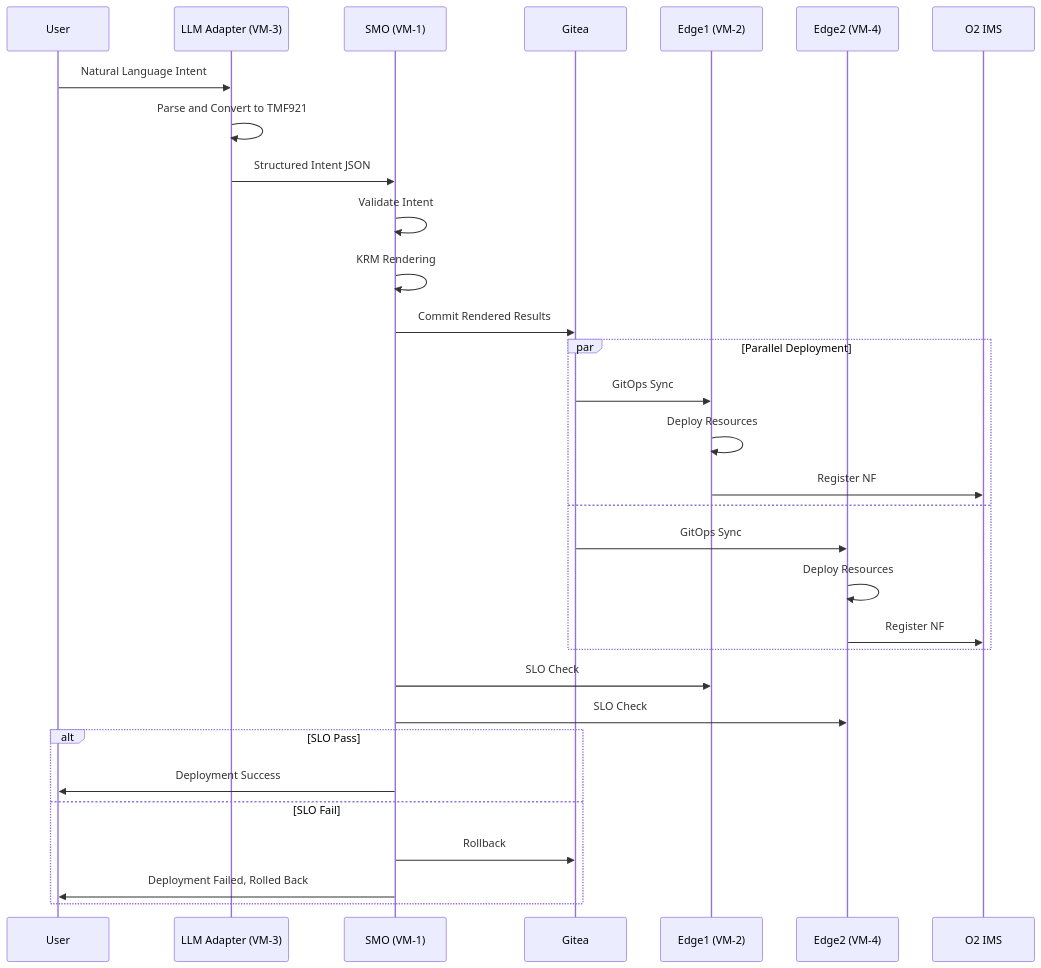
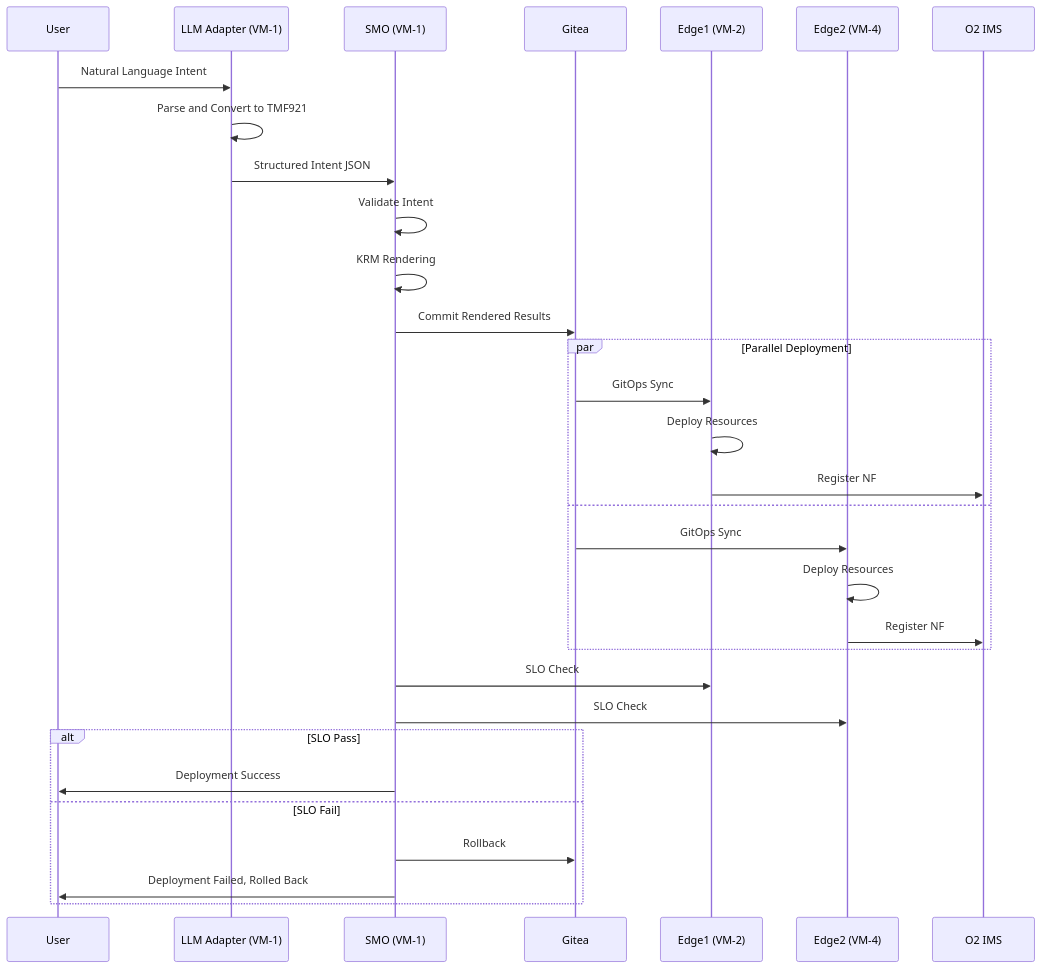
The diagram in SYSTEM_ARCHITECTURE_HLA.md (thc1006/nephio-intent-to-o2-demo), drawn with Mermaid before and after one commit. The commit also changed other lines of this file and 708 other files, not shown here.

````diff
--- a/SYSTEM_ARCHITECTURE_HLA.md
+++ b/SYSTEM_ARCHITECTURE_HLA.md
@@ -86,38 +86,38 @@
 ```mermaid
 sequenceDiagram
     participant User
-    participant LLM as LLM Adapter (VM-3)
+    participant LLM as LLM Adapter (VM-1)
     participant SMO as SMO (VM-1)
     participant Git as Gitea
     participant Edge1 as Edge1 (VM-2)
     participant Edge2 as Edge2 (VM-4)
     participant O2IMS as O2 IMS
 
     User->>LLM: Natural Language Intent
     LLM->>LLM: Parse and Convert to TMF921
     LLM->>SMO: Structured Intent JSON
 
     SMO->>SMO: Validate Intent
     SMO->>SMO: KRM Rendering
     SMO->>Git: Commit Rendered Results
 
     par Parallel Deployment
         Git->>Edge1: GitOps Sync
         Edge1->>Edge1: Deploy Resources
         Edge1->>O2IMS: Register NF
     and
         Git->>Edge2: GitOps Sync
         Edge2->>Edge2: Deploy Resources
         Edge2->>O2IMS: Register NF
     end
 
     SMO->>Edge1: SLO Check
     SMO->>Edge2: SLO Check
 
     alt SLO Pass
         SMO->>User: Deployment Success
     else SLO Fail
         SMO->>Git: Rollback
         SMO->>User: Deployment Failed, Rolled Back
     end
 ```
````
